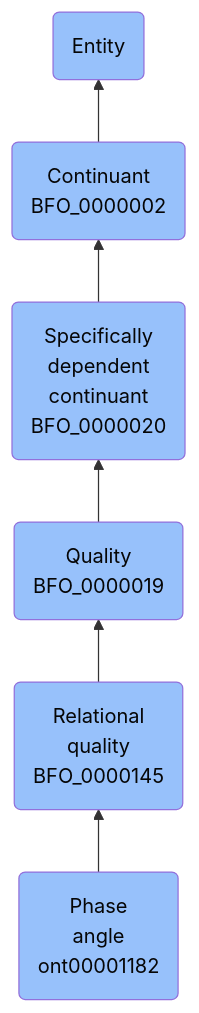
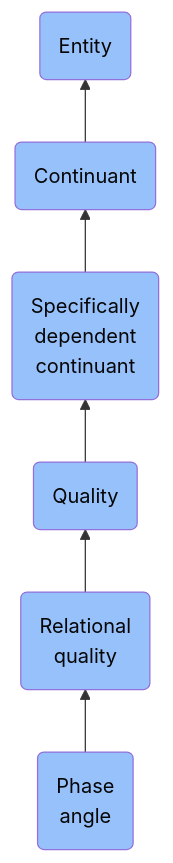
Before and after one commit to jupyter-naas/abi: the diagram in docs/ontology/reference/model/Entity/Continuant/Specifically dependent continuant/Quality/Relational quality/Phase angle/Phase angle.md, drawn with Mermaid. The commit also changed other lines of this file and 1430 other files, not shown here.

````diff
--- a/docs/ontology/reference/model/Entity/Continuant/Specifically dependent continuant/Quality/Relational quality/Phase angle/Phase angle.md
+++ b/docs/ontology/reference/model/Entity/Continuant/Specifically dependent continuant/Quality/Relational quality/Phase angle/Phase angle.md
@@ -24,13 +24,13 @@
 ```mermaid
 graph BT
-    ont00001182(Phase<br>angle<br>ont00001182):::BFO-->BFO_0000145
-    BFO_0000145(Relational<br>quality<br>BFO_0000145):::BFO-->BFO_0000019
-    BFO_0000019(Quality<br>BFO_0000019):::BFO-->BFO_0000020
-    BFO_0000020(Specifically<br>dependent<br>continuant<br>BFO_0000020):::BFO-->BFO_0000002
-    BFO_0000002(Continuant<br>BFO_0000002):::BFO-->BFO_0000001
+    ont00001182(Phase<br>angle):::BFO-->BFO_0000145
+    BFO_0000145(Relational<br>quality):::BFO-->BFO_0000019
+    BFO_0000019(Quality):::BFO-->BFO_0000020
+    BFO_0000020(Specifically<br>dependent<br>continuant):::BFO-->BFO_0000002
+    BFO_0000002(Continuant):::BFO-->BFO_0000001
     BFO_0000001(Entity):::BFO
     
     classDef BFO fill:#97c1fb,color:#060606
     classDef CCO fill:#e4c51e,color:#060606
     classDef ABI fill:#48DD82,color:#060606
 ```
````
